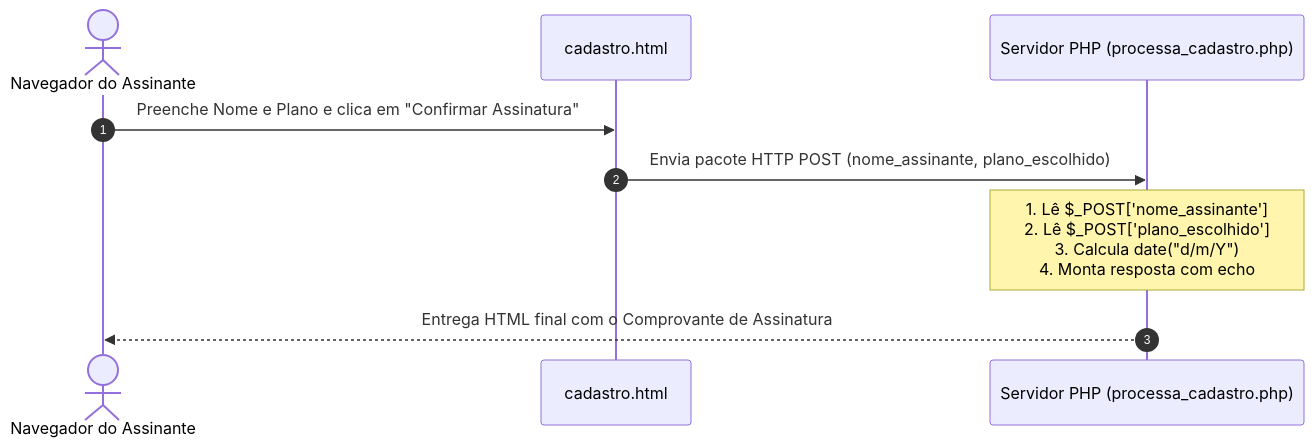
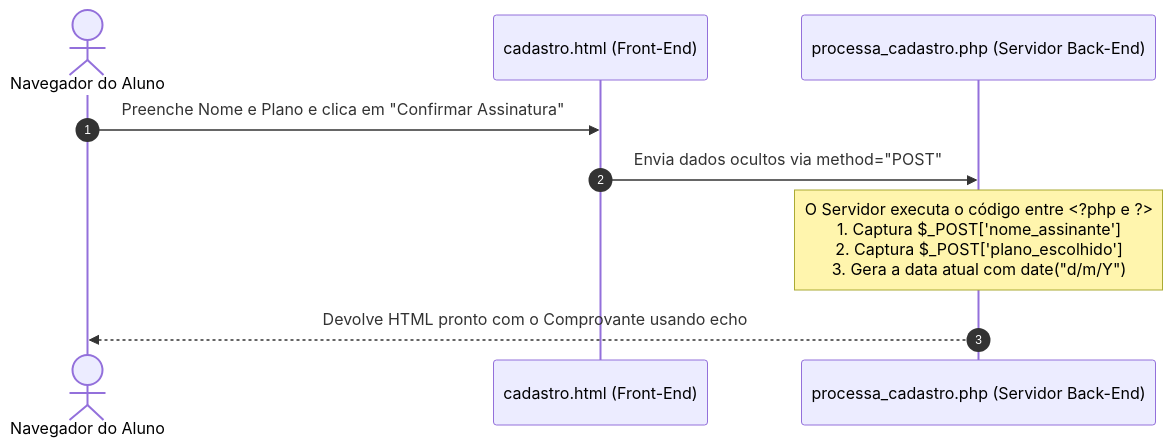
The diagram in Aula09/README.md (Claretiano-ads/Claretiano), drawn with Mermaid before and after one commit. The commit also changed other lines of this file and 2 other files, not shown here.

Commit message:
refactor: Atualiza opções de planos no formulário de cadastro para melhor clareza

````diff
--- a/Aula09/README.md
+++ b/Aula09/README.md
@@ -34,12 +44,12 @@
 ```mermaid
 sequenceDiagram
     autonumber
-    actor Assinante as Navegador do Assinante
-    participant HTML as cadastro.html
-    participant PHP as Servidor PHP (processa_cadastro.php)
+    actor Assinante as Navegador do Aluno
+    participant HTML as cadastro.html (Front-End)
+    participant PHP as processa_cadastro.php (Servidor Back-End)
 
     Assinante->>HTML: Preenche Nome e Plano e clica em "Confirmar Assinatura"
-    HTML->>PHP: Envia pacote HTTP POST (nome_assinante, plano_escolhido)
-    Note over PHP: 1. Lê $_POST['nome_assinante']<br/>2. Lê $_POST['plano_escolhido']<br/>3. Calcula date("d/m/Y")<br/>4. Monta resposta com echo
-    PHP-->>Assinante: Entrega HTML final com o Comprovante de Assinatura
+    HTML->>PHP: Envia dados ocultos via method="POST"
+    Note over PHP: O Servidor executa o código entre <?php e ?><br/>1. Captura $_POST['nome_assinante']<br/>2. Captura $_POST['plano_escolhido']<br/>3. Gera a data atual com date("d/m/Y")
+    PHP-->>Assinante: Devolve HTML pronto com o Comprovante usando echo
 ```
````
